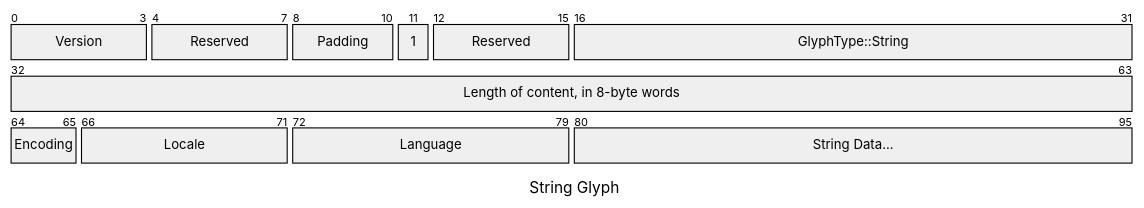
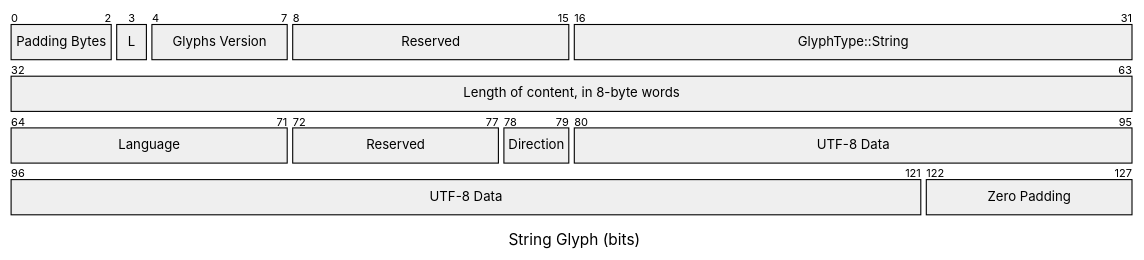
Before and after one commit to elara-themica/glifs-contributor-guide: the eighth of 15 diagrams in src/binary_formats.md, drawn with Mermaid. The commit also changed other lines of this file, not shown here.

````diff
--- a/src/binary_formats.md
+++ b/src/binary_formats.md
@@ -207,17 +196,18 @@
 ```mermaid
 ---
-title: "String Glyph"
+title: "String Glyph (bits)"
 ---
 packet-beta
-0-3: "Version"
-4-7: "Reserved"
-8-10: "Padding"
-11: "1"
-12-15: "Reserved"
+0-2: "Padding Bytes"
+3: "L"
+4-7: "Glyphs Version"
+8-15: "Reserved"
 16-31: "GlyphType::String"
 32-63: "Length of content, in 8-byte words"
-64-65: "Encoding"
-66-71: "Locale"
-72-79: "Language"
-80-95: "String Data..."
+64-71: "Language"
+72-77: "Reserved"
+78-79: "Direction"
+80-121: "UTF-8 Data"
+122-127: "Zero Padding"
+
 ```
````
